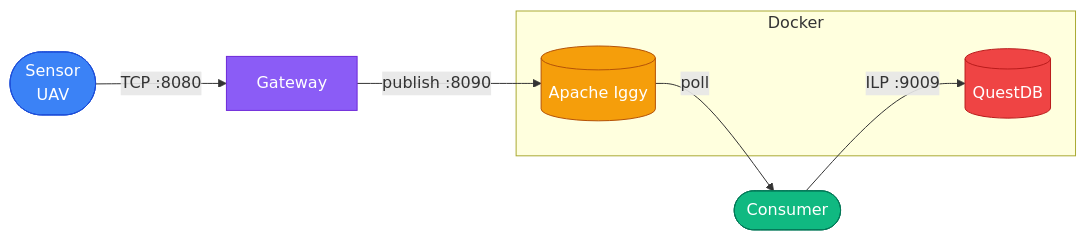
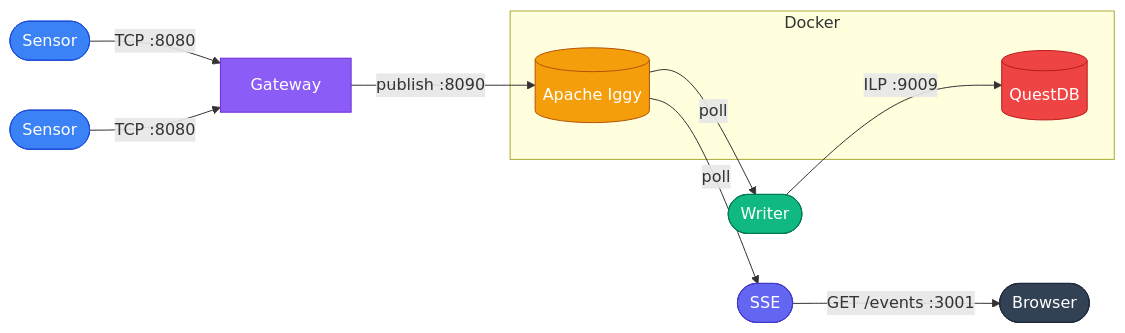
The diagram in README.md (strbrgr/rotor), drawn with Mermaid before and after one commit. The commit also changed other lines of this file, not shown here.

Commit message:
Update README with sse information

````diff
--- a/README.md
+++ b/README.md
@@ -12,20 +12,26 @@
 ```mermaid
 flowchart LR
-    classDef sensor   fill:#3b82f6,stroke:#1d4ed8,color:#fff
-    classDef gateway  fill:#8b5cf6,stroke:#6d28d9,color:#fff
-    classDef broker   fill:#f59e0b,stroke:#b45309,color:#fff
-    classDef consumer fill:#10b981,stroke:#047857,color:#fff
-    classDef db       fill:#ef4444,stroke:#b91c1c,color:#fff
+    classDef sensor  fill:#3b82f6,stroke:#1d4ed8,color:#fff
+    classDef gateway fill:#8b5cf6,stroke:#6d28d9,color:#fff
+    classDef broker  fill:#f59e0b,stroke:#b45309,color:#fff
+    classDef writer  fill:#10b981,stroke:#047857,color:#fff
+    classDef db      fill:#ef4444,stroke:#b91c1c,color:#fff
+    classDef sse     fill:#6366f1,stroke:#4338ca,color:#fff
+    classDef ui      fill:#334155,stroke:#1e293b,color:#fff
 
-    S1([Sensor\nUAV]):::sensor -->|TCP :8080| GW
+    S1([Sensor]):::sensor -->|TCP :8080| GW
+    S2([Sensor]):::sensor -->|TCP :8080| GW
 
     GW[Gateway]:::gateway -->|publish :8090| IGG
 
     subgraph Docker
         IGG[(Apache Iggy)]:::broker
         QDB[(QuestDB)]:::db
     end
 
-    IGG -->|poll| C([Consumer]):::consumer
-    C -->|ILP :9009| QDB
+    IGG -->|poll| W([Writer]):::writer
+    W -->|ILP :9009| QDB
+
+    IGG -->|poll| SSE([SSE]):::sse
+    SSE -->|GET /events :3001| UI([Browser]):::ui
 ```
````
